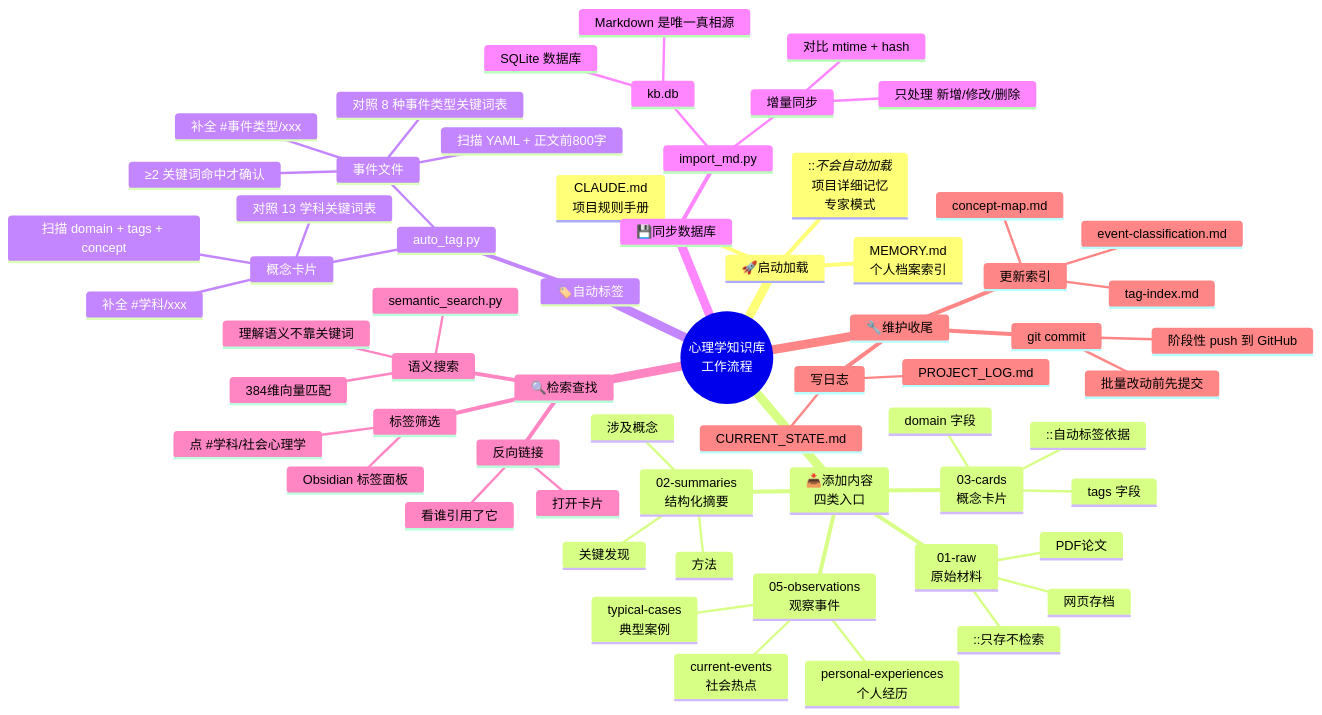
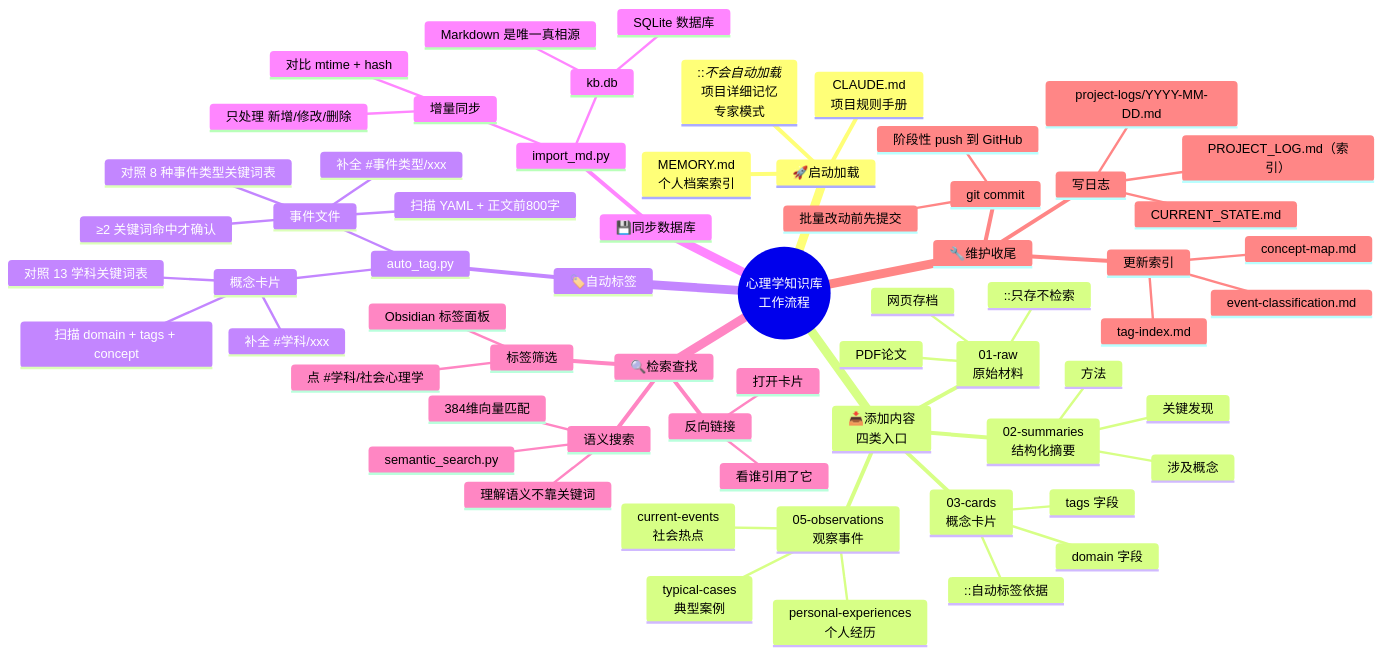
Before and after one commit to fawei521/psychology-knowledge-base: the diagram in 04-index/startup/workflow-mindmap.md, drawn with Mermaid. The commit also changed 5 other files, not shown here.

First line of the commit message:
docs: 更新 PROJECT_LOG 拆分后的所有相关引用

````diff
--- a/04-index/startup/workflow-mindmap.md
+++ b/04-index/startup/workflow-mindmap.md
@@ -9,66 +9,67 @@
 ```mermaid
 mindmap
   root((心理学知识库<br/>工作流程))
     🚀启动加载
       CLAUDE.md<br/>项目规则手册
       MEMORY.md<br/>个人档案索引
       ::_不会自动加载_<br/>项目详细记忆<br/>专家模式
     📥添加内容<br/>四类入口
       01-raw<br/>原始材料
         PDF论文
         网页存档
         ::只存不检索
       02-summaries<br/>结构化摘要
         关键发现
         方法
         涉及概念
       03-cards<br/>概念卡片
         domain 字段
         tags 字段
         ::自动标签依据
       05-observations<br/>观察事件
         current-events<br/>社会热点
         personal-experiences<br/>个人经历
         typical-cases<br/>典型案例
     🏷️自动标签
       auto_tag.py
         概念卡片
           扫描 domain + tags + concept
           对照 13 学科关键词表
           补全 #学科/xxx
         事件文件
           扫描 YAML + 正文前800字
           对照 8 种事件类型关键词表
           ≥2 关键词命中才确认
           补全 #事件类型/xxx
     💾同步数据库
       import_md.py
         增量同步
           对比 mtime + hash
           只处理 新增/修改/删除
         kb.db
           SQLite 数据库
           Markdown 是唯一真相源
     🔍检索查找
       标签筛选
         Obsidian 标签面板
         点 #学科/社会心理学
       反向链接
         打开卡片
         看谁引用了它
       语义搜索
         semantic_search.py
         384维向量匹配
         理解语义不靠关键词
     🔧维护收尾
       更新索引
         concept-map.md
         tag-index.md
         event-classification.md
       写日志
-        PROJECT_LOG.md
+        PROJECT_LOG.md（索引）
+        project-logs/YYYY-MM-DD.md
         CURRENT_STATE.md
       git commit
         批量改动前先提交
         阶段性 push 到 GitHub
 ```
````
